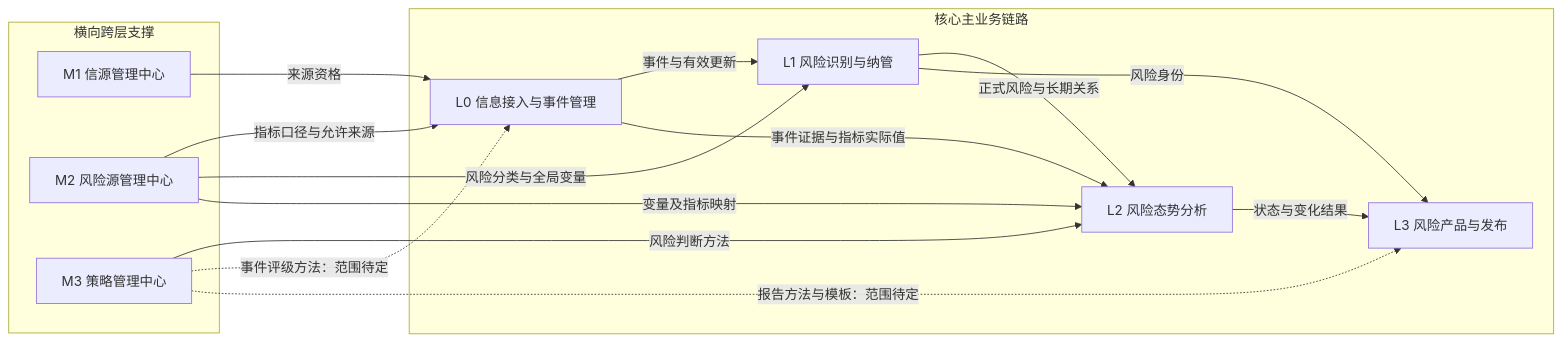
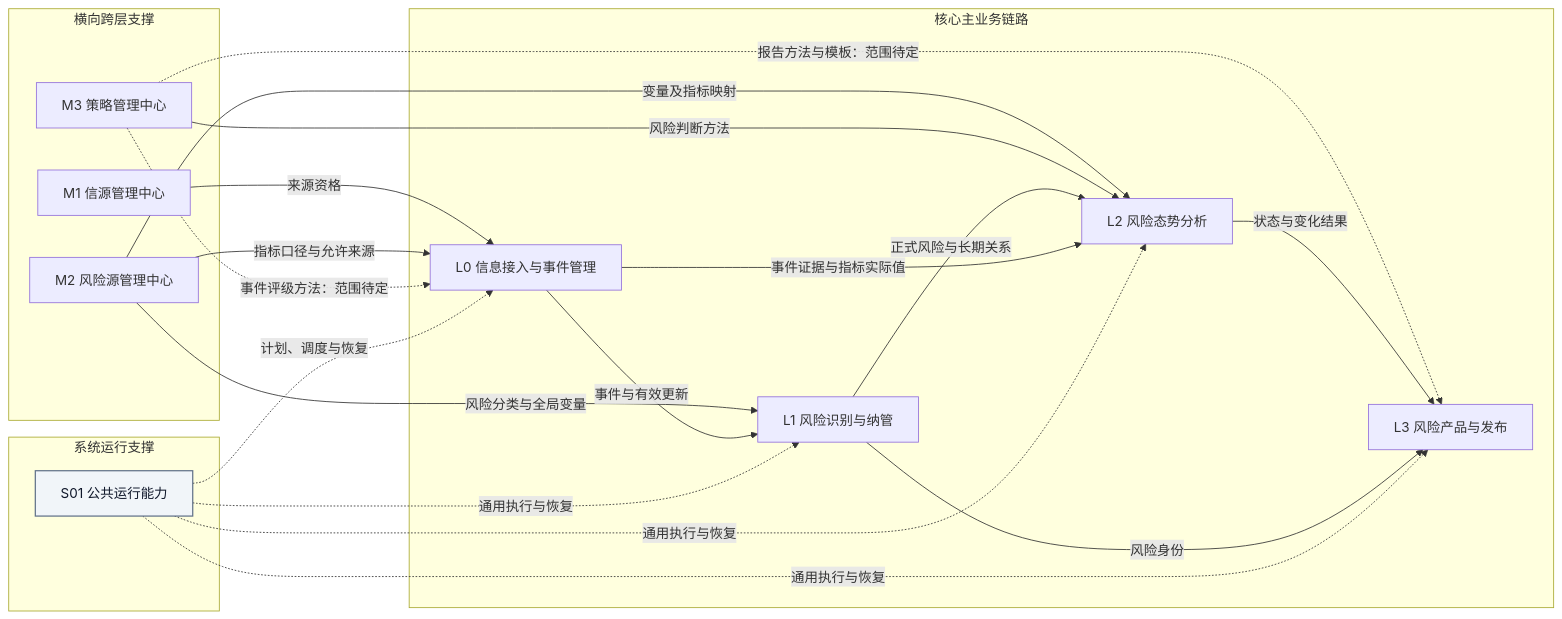
One commit to caojingwen1996/obsidian_kb changed the third of 18 diagrams in tools/RiskHot/docs/system-design/03-系统功能架构/系统功能架构总览.md. Above: the diagram before and after it, drawn with Mermaid. The commit also changed other lines of this file and 168 other files, not shown here.

````diff
--- a/tools/RiskHot/docs/system-design/03-系统功能架构/系统功能架构总览.md
+++ b/tools/RiskHot/docs/system-design/03-系统功能架构/系统功能架构总览.md
@@ -202,26 +217,35 @@
 ```mermaid
 flowchart LR
     subgraph H[横向跨层支撑]
         M1[M1 信源管理中心]
         M2[M2 风险源管理中心]
         M3[M3 策略管理中心]
+    end
+    subgraph S[系统运行支撑]
+        S01["S01 公共运行能力"]
     end
     subgraph C[核心主业务链路]
         L0[L0 信息接入与事件管理]
         L1[L1 风险识别与纳管]
         L2[L2 风险态势分析]
         L3[L3 风险产品与发布]
     end
     M1 -->|来源资格| L0
     M2 -->|指标口径与允许来源| L0
     M2 -->|风险分类与全局变量| L1
     M2 -->|变量及指标映射| L2
     M3 -->|风险判断方法| L2
     M3 -.->|事件评级方法：范围待定| L0
     M3 -.->|报告方法与模板：范围待定| L3
     L0 -->|事件与有效更新| L1
     L1 -->|正式风险与长期关系| L2
     L2 -->|状态与变化结果| L3
     L0 -->|事件证据与指标实际值| L2
     L1 -->|风险身份| L3
+    S01 -.->|计划、调度与恢复| L0
+    S01 -.->|通用执行与恢复| L1
+    S01 -.->|通用执行与恢复| L2
+    S01 -.->|通用执行与恢复| L3
+    classDef system fill:#f1f5f9,stroke:#64748b,color:#0f172a,stroke-width:1.5px
+    class S01 system
 ```
````
